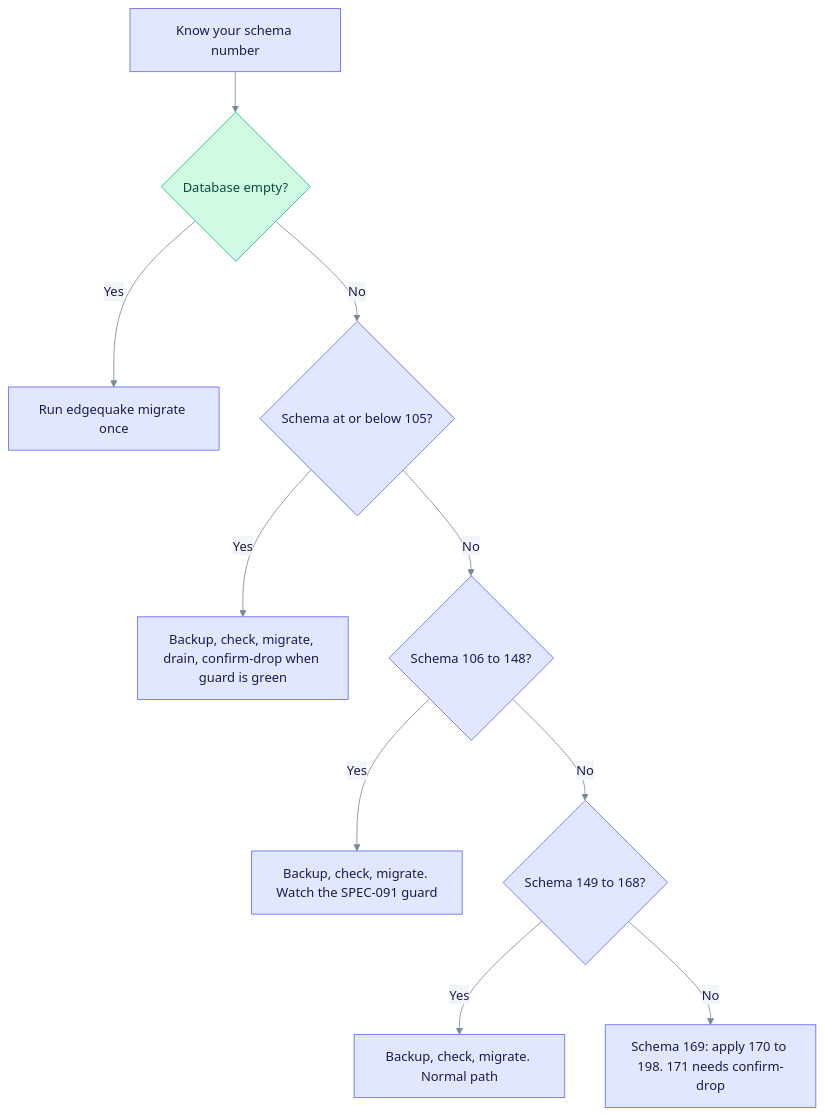
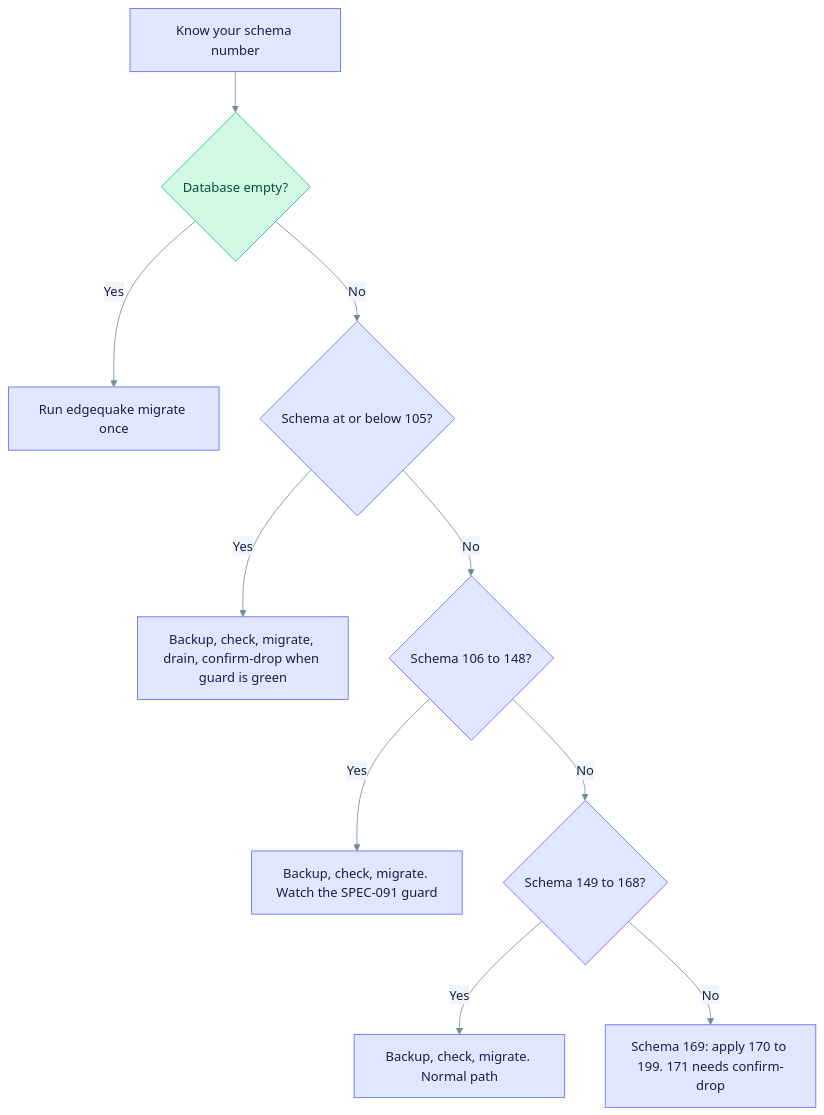
The first of 3 diagrams in docs/operations/upgrading.md (YatchiYa/edgequake), drawn with Mermaid before and after one commit. The commit also changed other lines of this file and 10 other files, not shown here.

````diff
--- a/docs/operations/upgrading.md
+++ b/docs/operations/upgrading.md
@@ -24,17 +24,17 @@
 ```mermaid
 %%{init: {"theme":"base","themeVariables":{"primaryColor":"#E0E7FF","primaryBorderColor":"#6366F1","primaryTextColor":"#1E1B4B","secondaryColor":"#D1FAE5","secondaryBorderColor":"#10B981","secondaryTextColor":"#064E3B","tertiaryColor":"#FEF3C7","tertiaryBorderColor":"#F59E0B","tertiaryTextColor":"#6B7A90","lineColor":"#7A889C","clusterBkg":"rgba(99,102,241,0.07)","clusterBorder":"#A5B4FC","noteBkgColor":"#FEF9C3","noteTextColor":"#422006","textColor":"#6B7A90","titleColor":"#6B7A90","signalColor":"#7A889C","signalTextColor":"#6B7A90","loopTextColor":"#6B7A90","edgeLabelBackground":"#F1F5F9","actorLineColor":"#94A3B8"}}}%%
 %% eq-theme:v1
 flowchart TD
   A["Know your schema number"] --> B{"Database empty?"}
   B -->|Yes| C["Run edgequake migrate once"]
   B -->|No| D{"Schema at or below 105?"}
   D -->|Yes| E["Backup, check, migrate, drain, confirm-drop when guard is green"]
   D -->|No| F{"Schema 106 to 148?"}
   F -->|Yes| G["Backup, check, migrate. Watch the SPEC-091 guard"]
   F -->|No| H{"Schema 149 to 168?"}
   H -->|Yes| I["Backup, check, migrate. Normal path"]
-  H -->|No| J["Schema 169: apply 170 to 198. 171 needs confirm-drop"]
+  H -->|No| J["Schema 169: apply 170 to 199. 171 needs confirm-drop"]
 %% eq-classes
 classDef eqStore fill:#D1FAE5,stroke:#10B981,color:#064E3B
 class B eqStore
 ```
````
